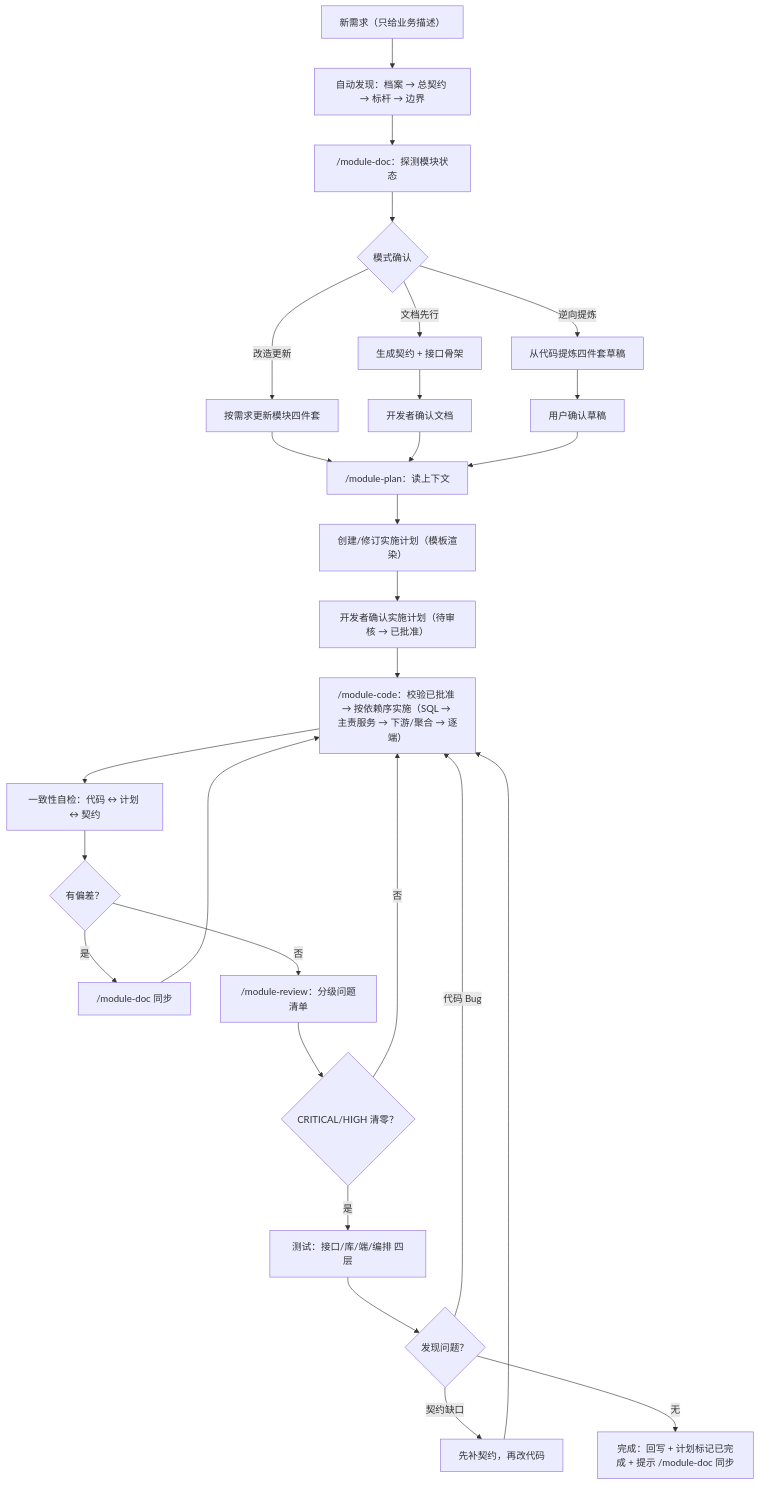
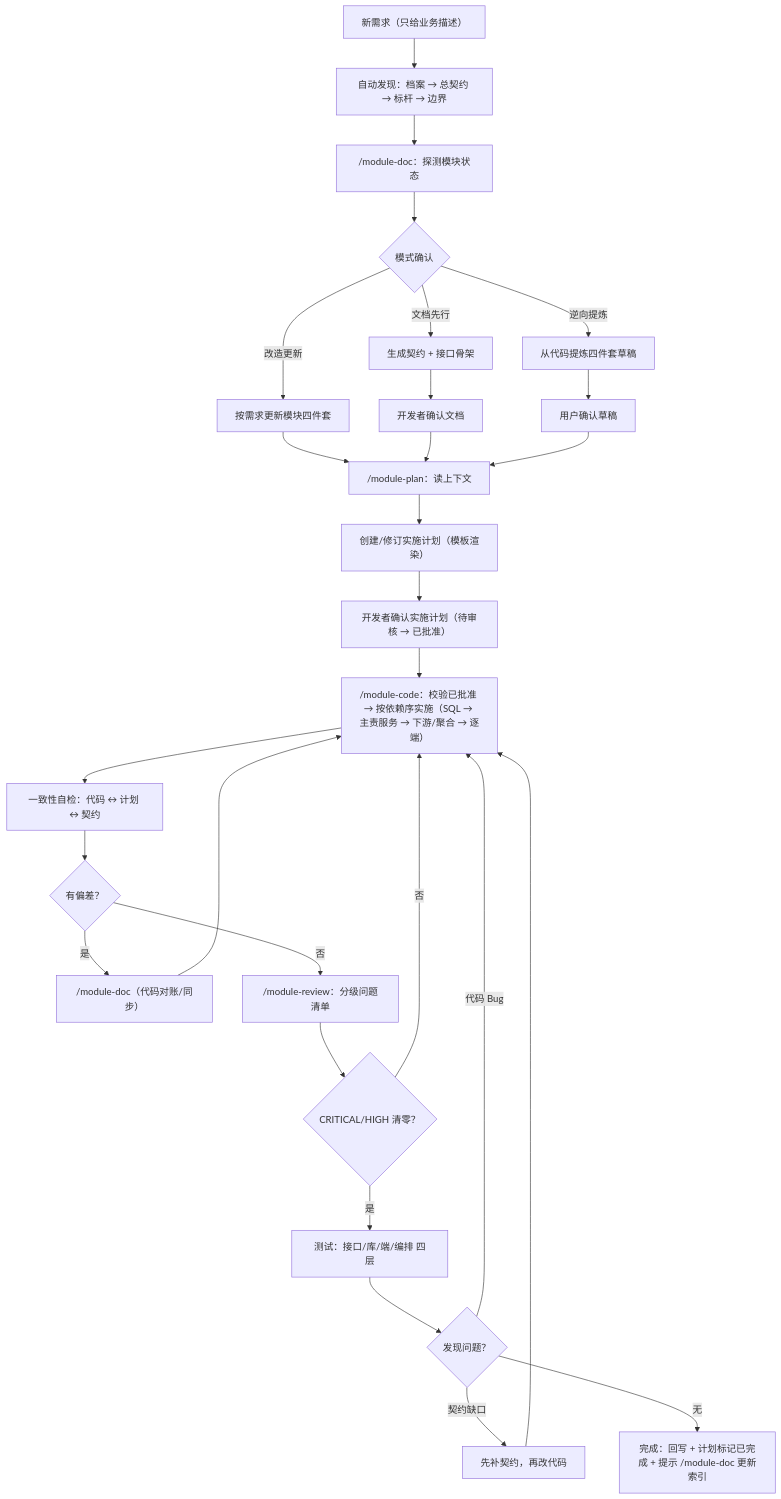
One commit to knight-peter/doc-framework changed the second of 2 diagrams in README.md. Above: the diagram before and after it, drawn with Mermaid. The commit also changed other lines of this file and 13 other files, not shown here.

````diff
--- a/README.md
+++ b/README.md
@@ -193,30 +205,30 @@
 ```mermaid
 flowchart TB
     H["新需求（只给业务描述）"] --> I["自动发现：档案 → 总契约 → 标杆 → 边界"]
     I --> J["/module-doc：探测模块状态"]
     J --> K{"模式确认"}
     K -->|"文档先行"| L["生成契约 + 接口骨架"]
     K -->|"逆向提炼"| M["从代码提炼四件套草稿"]
     K -->|"改造更新"| N["按需求更新模块四件套"]
     L --> O["开发者确认文档"]
     M --> P["用户确认草稿"]
     N --> Q["/module-plan：读上下文"]
     O --> Q
     P --> Q
     Q --> R["创建/修订实施计划（模板渲染）"]
     R --> S["开发者确认实施计划（待审核 → 已批准）"]
     S --> T["/module-code：校验已批准 → 按依赖序实施（SQL → 主责服务 → 下游/聚合 → 逐端）"]
     T --> U["一致性自检：代码 ↔ 计划 ↔ 契约"]
     U --> V{"有偏差？"}
-    V -->|"是"| W["/module-doc 同步"]
+    V -->|"是"| W["/module-doc（代码对账/同步）"]
     W --> T
     V -->|"否"| X["/module-review：分级问题清单"]
     X --> Y{"CRITICAL/HIGH 清零？"}
     Y -->|"否"| T
     Y -->|"是"| Z["测试：接口/库/端/编排 四层"]
     Z --> AA{"发现问题？"}
     AA -->|"代码 Bug"| T
     AA -->|"契约缺口"| AB["先补契约，再改代码"]
     AB --> T
-    AA -->|"无"| AC["完成：回写 + 计划标记已完成 + 提示 /module-doc 同步"]
+    AA -->|"无"| AC["完成：回写 + 计划标记已完成 + 提示 /module-doc 更新索引"]
 ```
````
